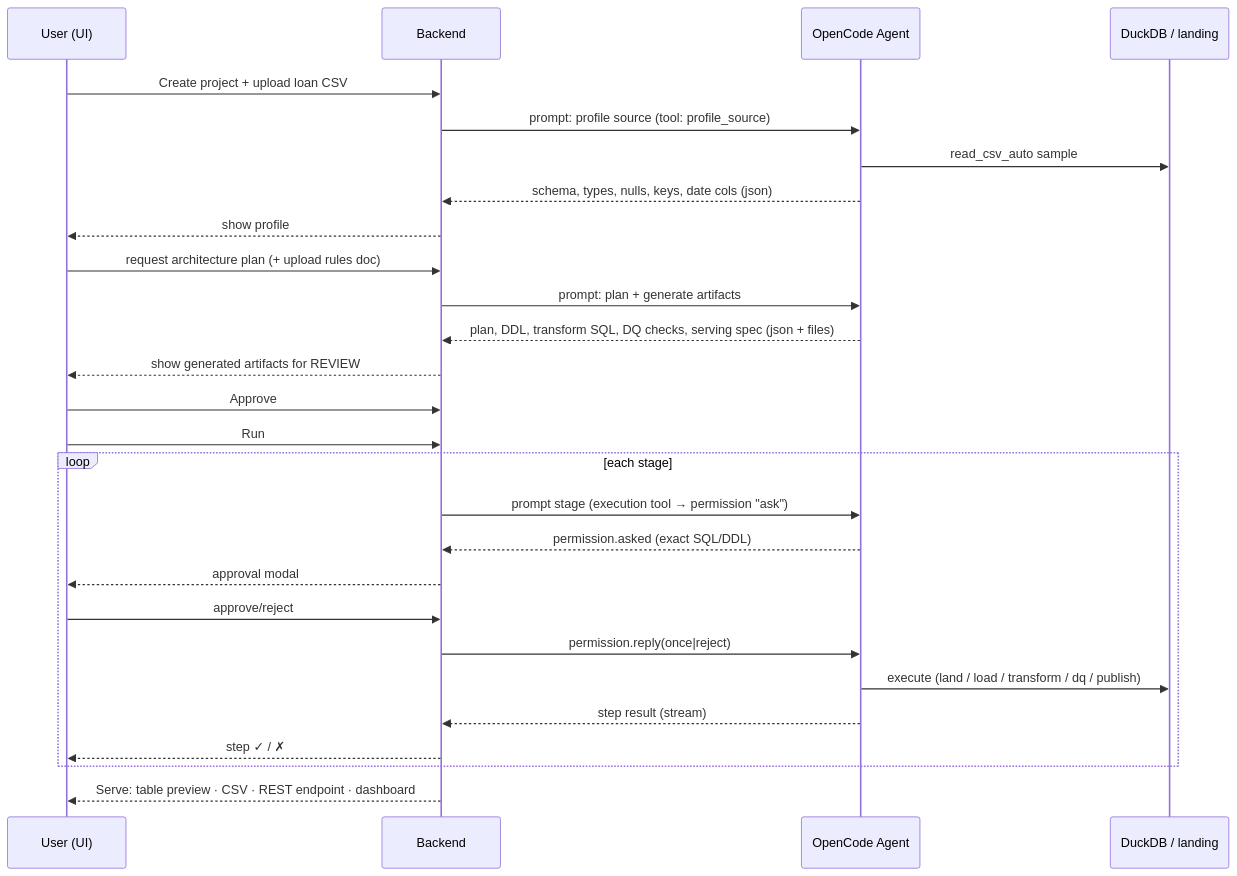
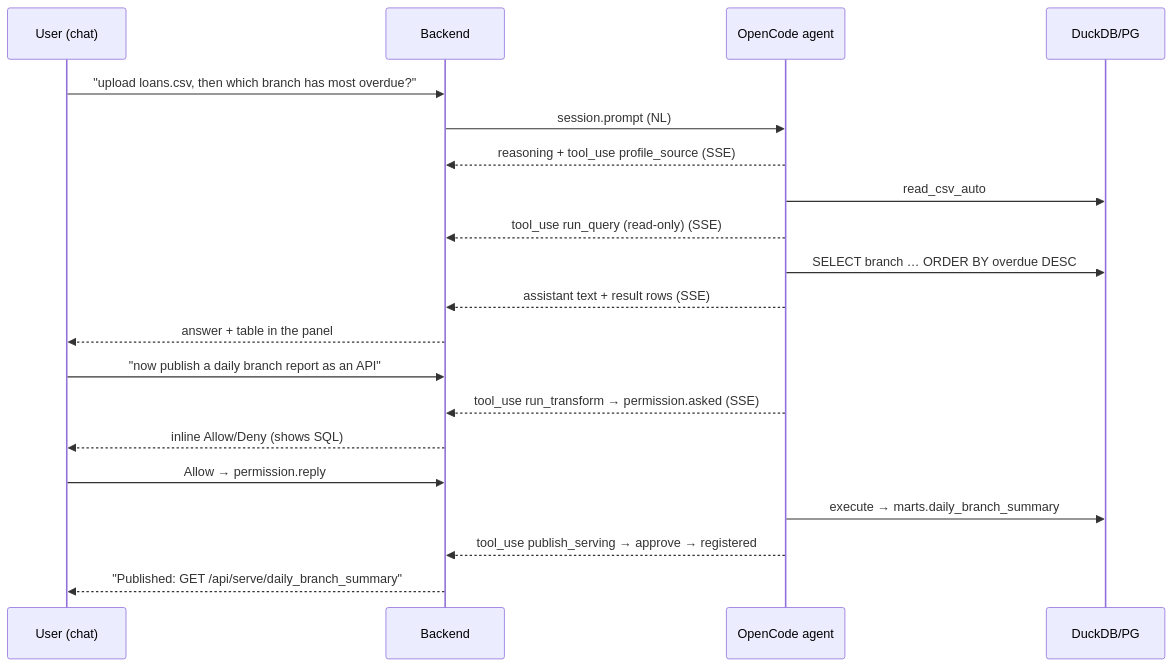
Before and after one commit to X-ace-V/datastack-one: the second of 2 diagrams in ARCHITECTURE.md, drawn with Mermaid. The commit also changed other lines of this file and 2 other files, not shown here.

First line of the commit message:
docs: rewrite the contract around a conversational agent

````diff
--- a/ARCHITECTURE.md
+++ b/ARCHITECTURE.md
@@ -112,32 +171,24 @@
 ```mermaid
 sequenceDiagram
-    participant U as User (UI)
+    participant U as User (chat)
     participant B as Backend
-    participant A as OpenCode Agent
-    participant D as DuckDB / landing
+    participant A as OpenCode agent
+    participant D as DuckDB/PG
 
-    U->>B: Create project + upload loan CSV
-    B->>A: prompt: profile source (tool: profile_source)
-    A->>D: read_csv_auto sample
-    A-->>B: schema, types, nulls, keys, date cols (json)
-    B-->>U: show profile
+    U->>B: "upload loans.csv, then which branch has most overdue?"
+    B->>A: session.prompt (NL)
+    A-->>B: reasoning + tool_use profile_source (SSE)
+    A->>D: read_csv_auto
+    A-->>B: tool_use run_query (read-only) (SSE)
+    A->>D: SELECT branch … ORDER BY overdue DESC
+    A-->>B: assistant text + result rows (SSE)
+    B-->>U: answer + table in the panel
 
-    U->>B: request architecture plan (+ upload rules doc)
-    B->>A: prompt: plan + generate artifacts
-    A-->>B: plan, DDL, transform SQL, DQ checks, serving spec (json + files)
-    B-->>U: show generated artifacts for REVIEW
-
-    U->>B: Approve
-    U->>B: Run
-    loop each stage
-        B->>A: prompt stage (execution tool → permission "ask")
-        A-->>B: permission.asked (exact SQL/DDL)
-        B-->>U: approval modal
-        U->>B: approve/reject
-        B->>A: permission.reply(once|reject)
-        A->>D: execute (land / load / transform / dq / publish)
-        A-->>B: step result (stream)
-        B-->>U: step ✓ / ✗
-    end
-    B-->>U: Serve: table preview · CSV · REST endpoint · dashboard
+    U->>B: "now publish a daily branch report as an API"
+    A-->>B: tool_use run_transform  → permission.asked (SSE)
+    B-->>U: inline Allow/Deny (shows SQL)
+    U->>B: Allow → permission.reply
+    A->>D: execute → marts.daily_branch_summary
+    A-->>B: tool_use publish_serving → approve → registered
+    B-->>U: "Published: GET /api/serve/daily_branch_summary"
 ```
````
